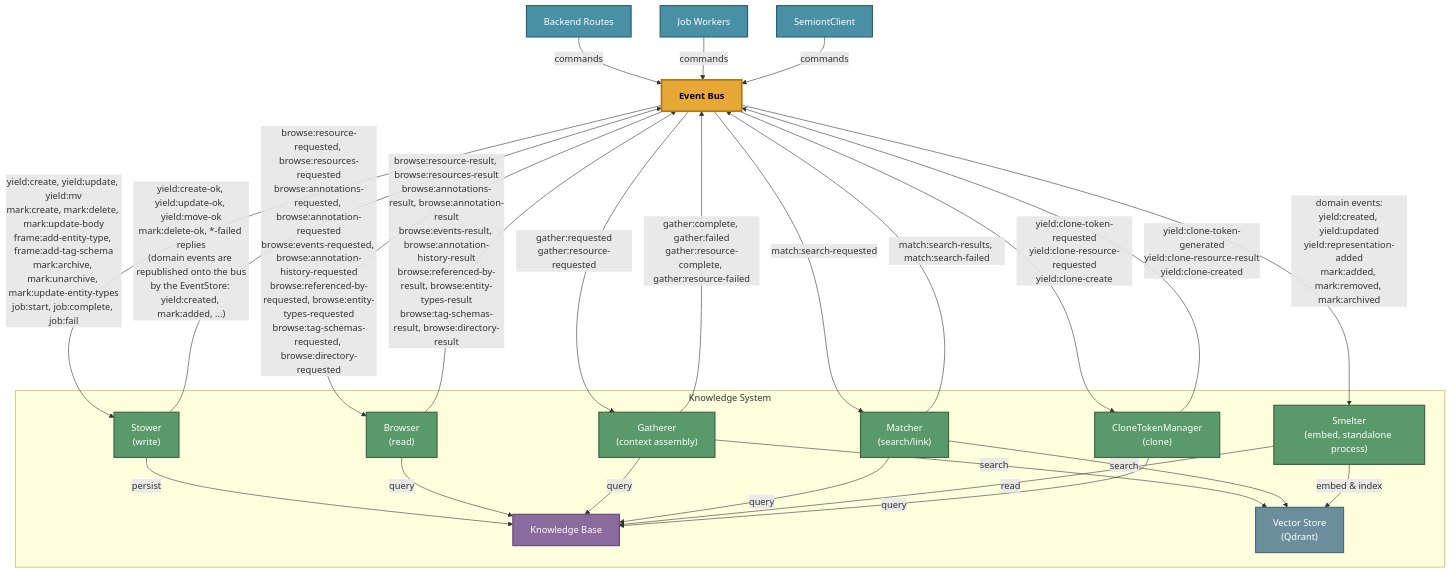
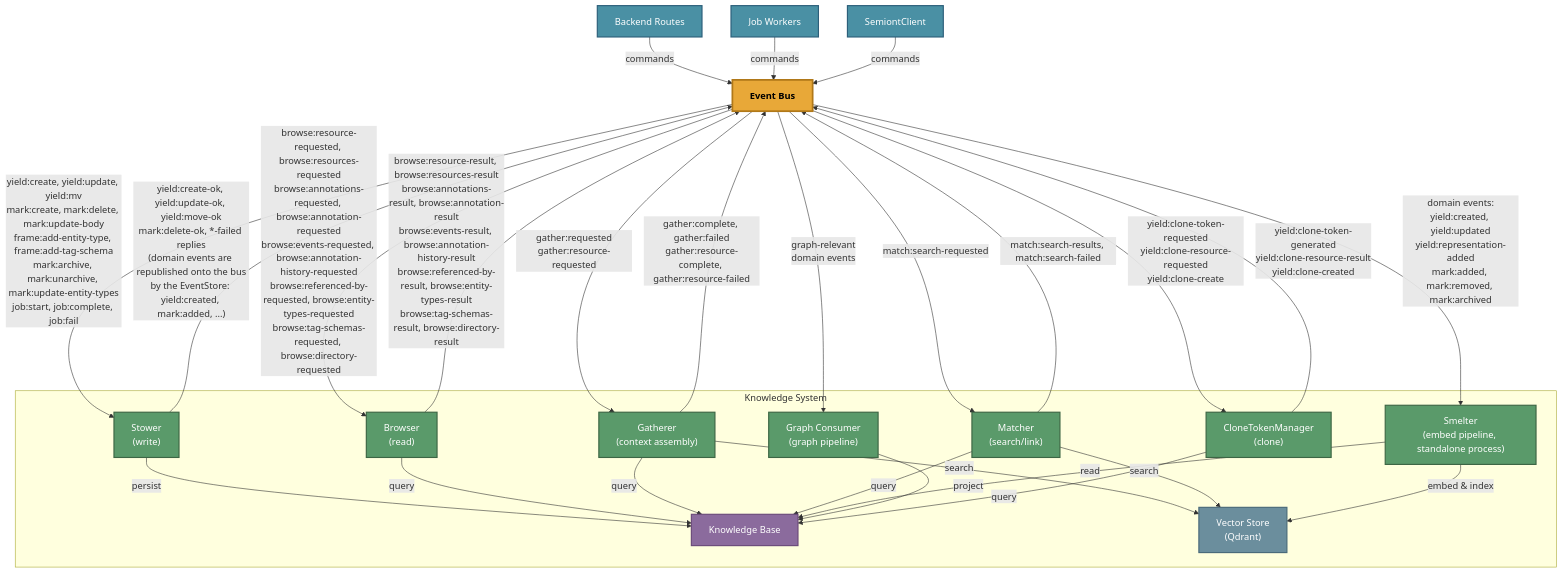
The diagram in packages/make-meaning/README.md (The-AI-Alliance/semiont), drawn with Mermaid before and after one commit. The commit also changed other lines of this file and 55 other files, not shown here.

````diff
--- a/packages/make-meaning/README.md
+++ b/packages/make-meaning/README.md
@@ -96,51 +104,54 @@
 ```mermaid
 graph TB
     Routes["Backend Routes"] -->|commands| BUS["Event Bus"]
     Workers["Job Workers"] -->|commands| BUS
     EBC["SemiontClient"] -->|commands| BUS
 
     subgraph ks ["Knowledge System"]
         STOWER["Stower<br/>(write)"]
         BROWSER["Browser<br/>(read)"]
         GATHERER["Gatherer<br/>(context assembly)"]
         MATCHER["Matcher<br/>(search/link)"]
-        SMELTER["Smelter<br/>(embed, standalone process)"]
+        SMELTER["Smelter<br/>(embed pipeline, standalone process)"]
+        GC["Graph Consumer<br/>(graph pipeline)"]
         CTM["CloneTokenManager<br/>(clone)"]
         KB["Knowledge Base"]
         VECTORS["Vector Store<br/>(Qdrant)"]
         STOWER -->|persist| KB
         BROWSER -->|query| KB
         GATHERER -->|query| KB
         GATHERER -->|search| VECTORS
         MATCHER -->|query| KB
         MATCHER -->|search| VECTORS
         SMELTER -->|embed & index| VECTORS
         SMELTER -->|read| KB
+        GC -->|project| KB
         CTM -->|query| KB
     end
 
     BUS -->|"yield:create, yield:update, yield:mv<br/>mark:create, mark:delete, mark:update-body<br/>frame:add-entity-type, frame:add-tag-schema<br/>mark:archive, mark:unarchive, mark:update-entity-types<br/>job:start, job:complete, job:fail"| STOWER
     BUS -->|"browse:resource-requested, browse:resources-requested<br/>browse:annotations-requested, browse:annotation-requested<br/>browse:events-requested, browse:annotation-history-requested<br/>browse:referenced-by-requested, browse:entity-types-requested<br/>browse:tag-schemas-requested, browse:directory-requested"| BROWSER
     BUS -->|"gather:requested<br/>gather:resource-requested"| GATHERER
     BUS -->|"match:search-requested"| MATCHER
     BUS -->|"domain events:<br/>yield:created, yield:updated<br/>yield:representation-added<br/>mark:added, mark:removed, mark:archived"| SMELTER
+    BUS -->|"graph-relevant<br/>domain events"| GC
     BUS -->|"yield:clone-token-requested<br/>yield:clone-resource-requested<br/>yield:clone-create"| CTM
 
     STOWER -->|"yield:create-ok, yield:update-ok, yield:move-ok<br/>mark:delete-ok, *-failed replies<br/>(domain events are republished onto the bus<br/>by the EventStore: yield:created, mark:added, ...)"| BUS
     BROWSER -->|"browse:resource-result, browse:resources-result<br/>browse:annotations-result, browse:annotation-result<br/>browse:events-result, browse:annotation-history-result<br/>browse:referenced-by-result, browse:entity-types-result<br/>browse:tag-schemas-result, browse:directory-result"| BUS
     GATHERER -->|"gather:complete, gather:failed<br/>gather:resource-complete, gather:resource-failed"| BUS
     MATCHER -->|"match:search-results, match:search-failed"| BUS
     CTM -->|"yield:clone-token-generated<br/>yield:clone-resource-result<br/>yield:clone-created"| BUS
 
     classDef bus fill:#e8a838,stroke:#b07818,stroke-width:3px,color:#000,font-weight:bold
     classDef actor fill:#5a9a6a,stroke:#3d6644,stroke-width:2px,color:#fff
     classDef kb fill:#8b6b9d,stroke:#6b4a7a,stroke-width:2px,color:#fff
     classDef caller fill:#4a90a4,stroke:#2c5f7a,stroke-width:2px,color:#fff
 
     class BUS bus
     classDef vectorstore fill:#6b8e9d,stroke:#4a6a7a,stroke-width:2px,color:#fff
-    class STOWER,BROWSER,GATHERER,MATCHER,SMELTER,CTM actor
+    class STOWER,BROWSER,GATHERER,MATCHER,SMELTER,GC,CTM actor
     class KB kb
     class VECTORS vectorstore
     class Routes,Workers,EBC caller
 ```
````
